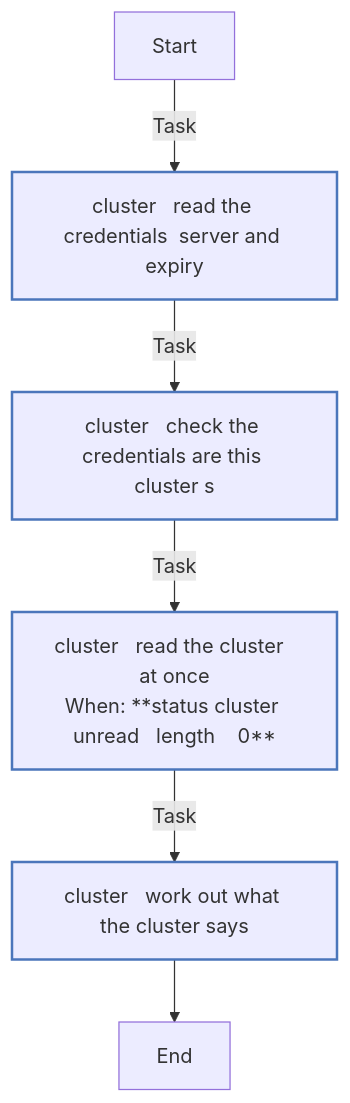
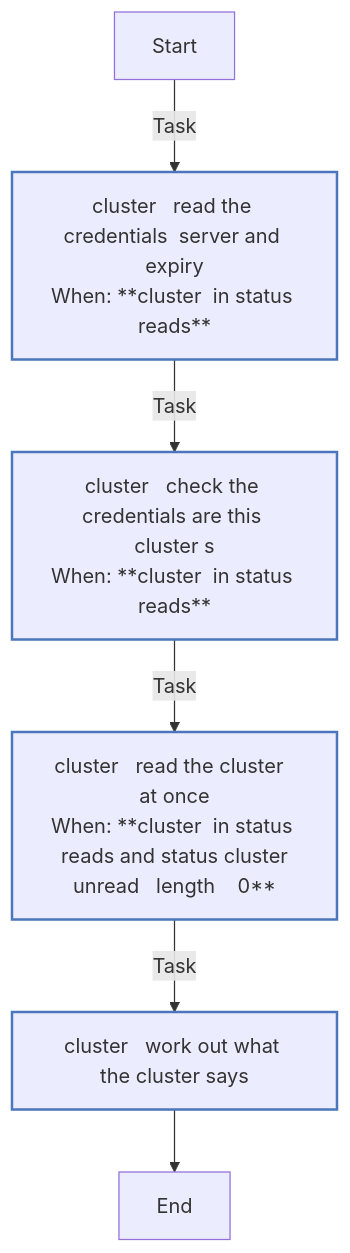
Before and after one commit to kawadeomkar/homeserver: the first of 4 diagrams in roles/status/REFERENCE.md, drawn with Mermaid. The commit also changed other lines of this file and 20 other files, not shown here.

````diff
--- a/roles/status/REFERENCE.md
+++ b/roles/status/REFERENCE.md
@@ -647,18 +647,18 @@
 ```mermaid
 flowchart TD
 Start
 classDef block stroke:#3498db,stroke-width:2px;
 classDef task stroke:#4b76bb,stroke-width:2px;
 classDef includeTasks stroke:#16a085,stroke-width:2px;
 classDef importTasks stroke:#34495e,stroke-width:2px;
 classDef includeRole stroke:#2980b9,stroke-width:2px;
 classDef importRole stroke:#699ba7,stroke-width:2px;
 classDef includeVars stroke:#8e44ad,stroke-width:2px;
 classDef rescue stroke:#665352,stroke-width:2px;
 
-  Start-->|Task| cluster___Read_the_credentials__server_and_expiry0[cluster   read the credentials  server and expiry]:::task
-  cluster___Read_the_credentials__server_and_expiry0-->|Task| cluster___Check_the_credentials_are_this_cluster_s1[cluster   check the credentials are this cluster s]:::task
-  cluster___Check_the_credentials_are_this_cluster_s1-->|Task| cluster___Read_the_cluster__at_once2[cluster   read the cluster  at once<br>When: **status cluster unread   length    0**]:::task
+  Start-->|Task| cluster___Read_the_credentials__server_and_expiry0[cluster   read the credentials  server and expiry<br>When: **cluster  in status reads**]:::task
+  cluster___Read_the_credentials__server_and_expiry0-->|Task| cluster___Check_the_credentials_are_this_cluster_s1[cluster   check the credentials are this cluster s<br>When: **cluster  in status reads**]:::task
+  cluster___Check_the_credentials_are_this_cluster_s1-->|Task| cluster___Read_the_cluster__at_once2[cluster   read the cluster  at once<br>When: **cluster  in status reads and status cluster<br>unread   length    0**]:::task
   cluster___Read_the_cluster__at_once2-->|Task| cluster___Work_out_what_the_cluster_says3[cluster   work out what the cluster says]:::task
   cluster___Work_out_what_the_cluster_says3-->End
 ```
````
